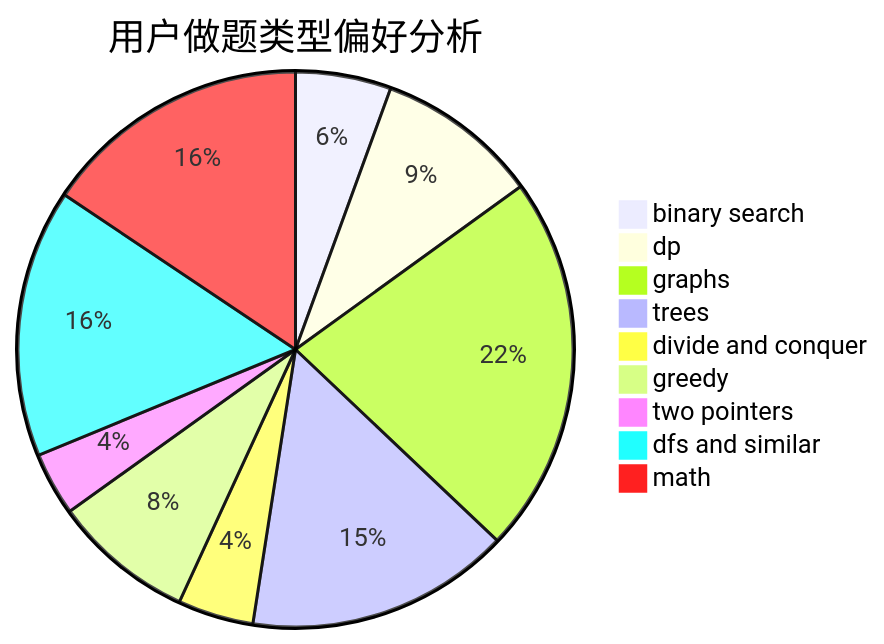
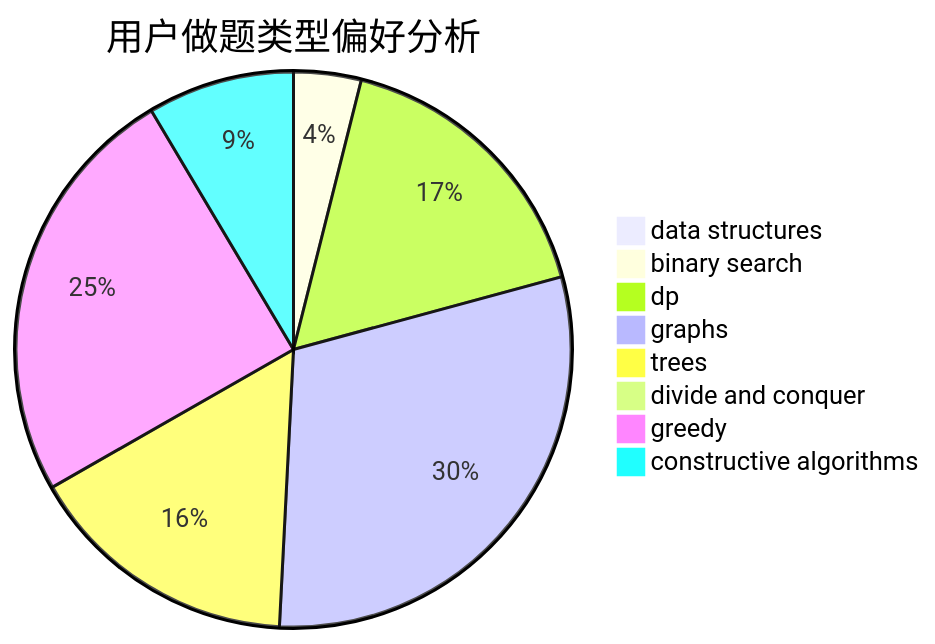
Before and after one commit to sherpahu/cfrs.github.io: the second of 3 diagrams in docs/user/u386.md, drawn with Mermaid. The commit also changed other lines of this file and 2775 other files, not shown here.

````diff
--- a/docs/user/u386.md
+++ b/docs/user/u386.md
@@ -23,12 +23,11 @@
 ```mermaid
 pie title 用户做题类型偏好分析
-    "binary search" :  77
-    "dp" :  131
-    "graphs" :  305
-    "trees" :  213
-    "divide and conquer" :  61
-    "greedy" :  114
-    "two pointers" :  51
-    "dfs and similar" :  216
-    "math" :  216
+    "data structures" :  2
+    "binary search" :  17
+    "dp" :  73
+    "graphs" :  130
+    "trees" :  69
+    "divide and conquer" :  0
+    "greedy" :  107
+    "constructive algorithms" :  37
 ```
````
